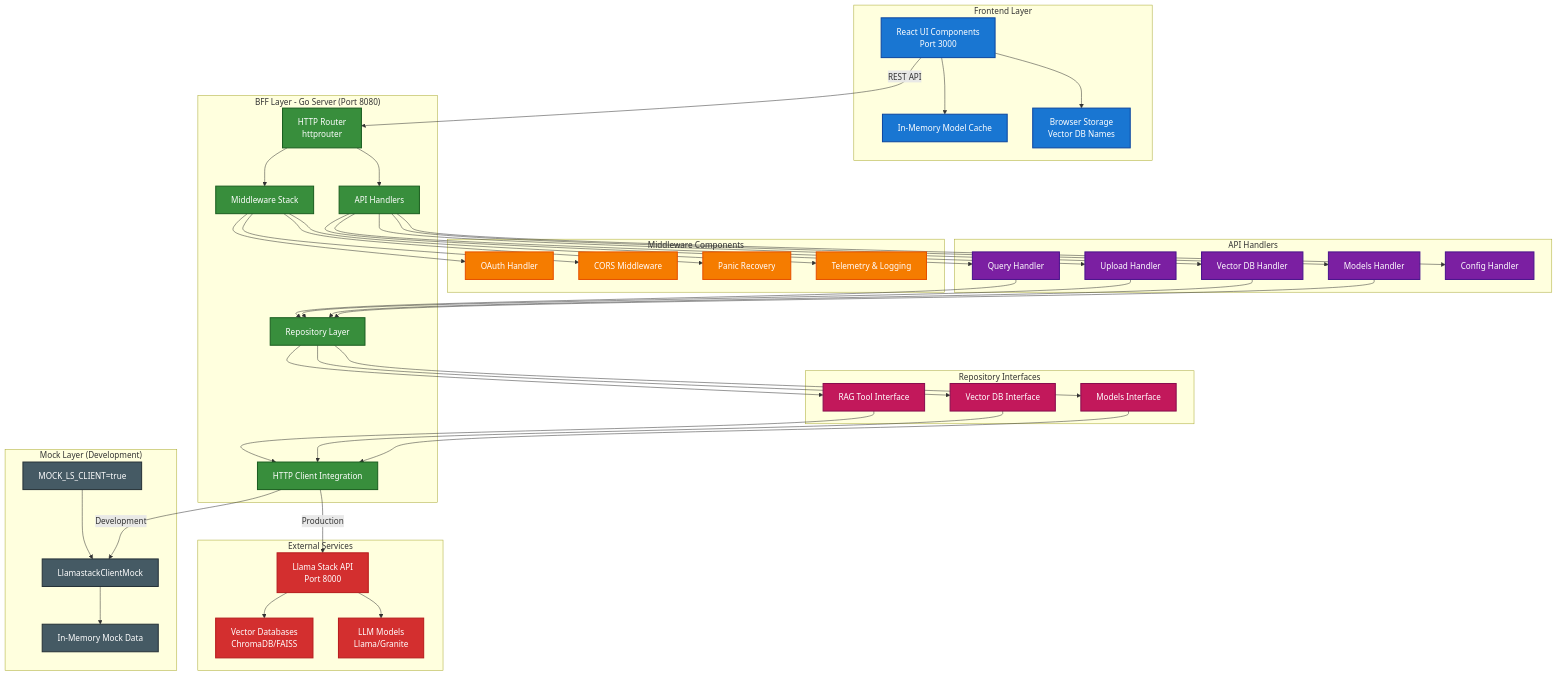
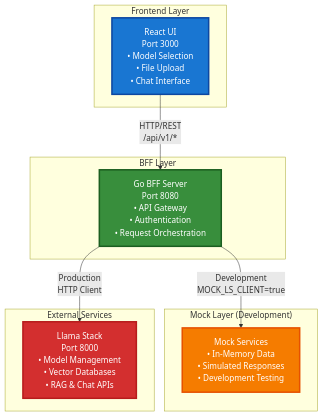
Before and after one commit to opendatahub-io/odh-dashboard: the first of 4 diagrams in frontend/packages/llama-stack-modular-ui/docs/adr/0002-bff-architecture-pattern.md, drawn with Mermaid. The commit also changed other lines of this file, not shown here.

First line of the commit message:
docs: Refactor architecture diagrams for proper separation of concerns

````diff
--- a/frontend/packages/llama-stack-modular-ui/docs/adr/0002-bff-architecture-pattern.md
+++ b/frontend/packages/llama-stack-modular-ui/docs/adr/0002-bff-architecture-pattern.md
@@ -72,103 +72,32 @@
 ```mermaid
 graph TB
     subgraph "Frontend Layer"
-        UI[React UI Components<br/>Port 3000]
-        Cache[In-Memory Model Cache]
-        BrowserCache[Browser Storage<br/>Vector DB Names]
+        UI[React UI<br/>Port 3000<br/>• Model Selection<br/>• File Upload<br/>• Chat Interface]
     end
     
-    subgraph "BFF Layer - Go Server (Port 8080)"
-        Router[HTTP Router<br/>httprouter]
-        Middleware[Middleware Stack]
-        Handlers[API Handlers]
-        Repos[Repository Layer]
-        Integration[HTTP Client Integration]
-    end
-    
-    subgraph "Middleware Components"
-        Auth[OAuth Handler]
-        CORS[CORS Middleware]
-        Recovery[Panic Recovery]
-        Telemetry[Telemetry & Logging]
-    end
-    
-    subgraph "API Handlers"
-        ModelsH[Models Handler]
-        VectorDBH[Vector DB Handler]
-        UploadH[Upload Handler]
-        QueryH[Query Handler]
-        ConfigH[Config Handler]
-    end
-    
-    subgraph "Repository Interfaces"
-        ModelsRepo[Models Interface]
-        VectorDBRepo[Vector DB Interface]
-        RAGRepo[RAG Tool Interface]
+    subgraph "BFF Layer"
+        BFF[Go BFF Server<br/>Port 8080<br/>• API Gateway<br/>• Authentication<br/>• Request Orchestration]
     end
     
     subgraph "Mock Layer (Development)"
-        MockClient[LlamastackClientMock]
-        MockData[In-Memory Mock Data]
-        MockConfig[MOCK_LS_CLIENT=true]
+        Mock[Mock Services<br/>• In-Memory Data<br/>• Simulated Responses<br/>• Development Testing]
     end
     
     subgraph "External Services"
-        LS[Llama Stack API<br/>Port 8000]
-        VectorStore[Vector Databases<br/>ChromaDB/FAISS]
-        LLMModels[LLM Models<br/>Llama/Granite]
+        LS[Llama Stack<br/>Port 8000<br/>• Model Management<br/>• Vector Databases<br/>• RAG & Chat APIs]
     end
     
-    UI --> Cache
-    UI --> BrowserCache
-    UI -->|REST API| Router
+    UI -->|HTTP/REST<br/>/api/v1/*| BFF
+    BFF -->|Production<br/>HTTP Client| LS
+    BFF -->|Development<br/>MOCK_LS_CLIENT=true| Mock
     
-    Router --> Middleware
-    Middleware --> Auth
-    Middleware --> CORS
-    Middleware --> Recovery
-    Middleware --> Telemetry
+    classDef frontend fill:#1976d2,stroke:#0d47a1,stroke-width:3px,color:#ffffff
+    classDef bff fill:#388e3c,stroke:#1b5e20,stroke-width:3px,color:#ffffff
+    classDef mock fill:#f57c00,stroke:#e65100,stroke-width:3px,color:#ffffff
+    classDef external fill:#d32f2f,stroke:#b71c1c,stroke-width:3px,color:#ffffff
     
-    Router --> Handlers
-    Handlers --> ModelsH
-    Handlers --> VectorDBH
-    Handlers --> UploadH
-    Handlers --> QueryH
-    Handlers --> ConfigH
-    
-    ModelsH --> Repos
-    VectorDBH --> Repos
-    UploadH --> Repos
-    QueryH --> Repos
-    
-    Repos --> ModelsRepo
-    Repos --> VectorDBRepo
-    Repos --> RAGRepo
-    
-    ModelsRepo --> Integration
-    VectorDBRepo --> Integration
-    RAGRepo --> Integration
-    
-    Integration -->|Production| LS
-    Integration -->|Development| MockClient
-    MockClient --> MockData
-    MockConfig --> MockClient
-    
-    LS --> VectorStore
-    LS --> LLMModels
-    
-    classDef frontend fill:#1976d2,stroke:#0d47a1,stroke-width:2px,color:#ffffff
-    classDef bff fill:#388e3c,stroke:#1b5e20,stroke-width:2px,color:#ffffff
-    classDef middleware fill:#f57c00,stroke:#e65100,stroke-width:2px,color:#ffffff
-    classDef handlers fill:#7b1fa2,stroke:#4a148c,stroke-width:2px,color:#ffffff
-    classDef repos fill:#c2185b,stroke:#880e4f,stroke-width:2px,color:#ffffff
-    classDef mock fill:#455a64,stroke:#263238,stroke-width:2px,color:#ffffff
-    classDef external fill:#d32f2f,stroke:#b71c1c,stroke-width:2px,color:#ffffff
-    
-    class UI,Cache,BrowserCache frontend
-    class Router,Middleware,Handlers,Repos,Integration bff
-    class Auth,CORS,Recovery,Telemetry middleware
-    class ModelsH,VectorDBH,UploadH,QueryH,ConfigH handlers
-    class ModelsRepo,VectorDBRepo,RAGRepo repos
-    class MockClient,MockData,MockConfig mock
-    class LS,VectorStore,LLMModels external
+    class UI frontend
+    class BFF bff
+    class Mock mock
+    class LS external
 ```
````
